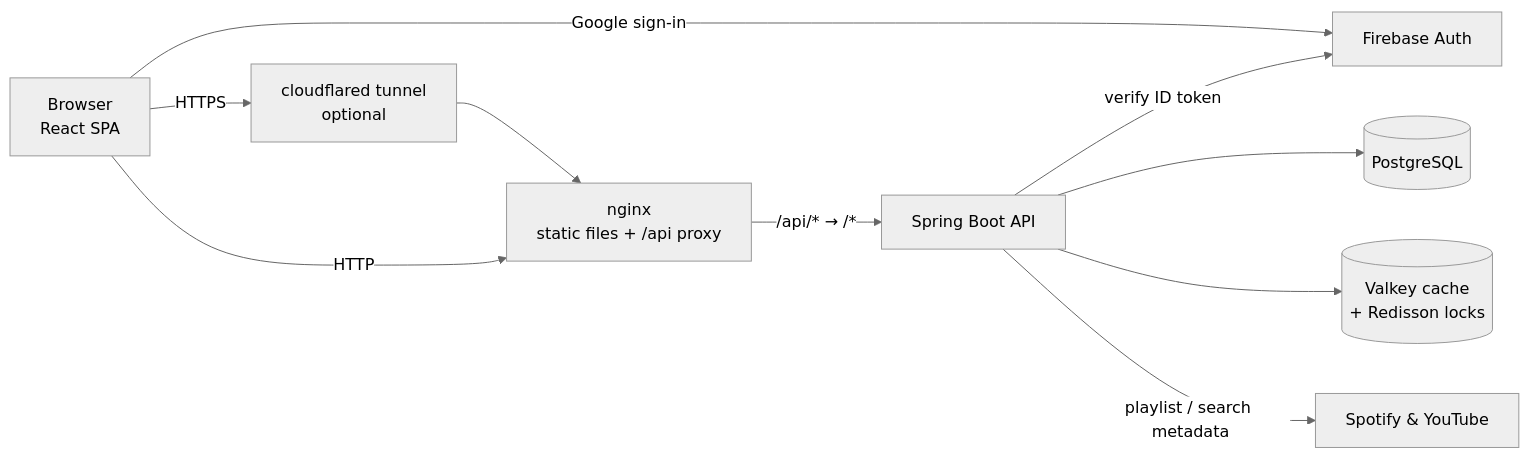
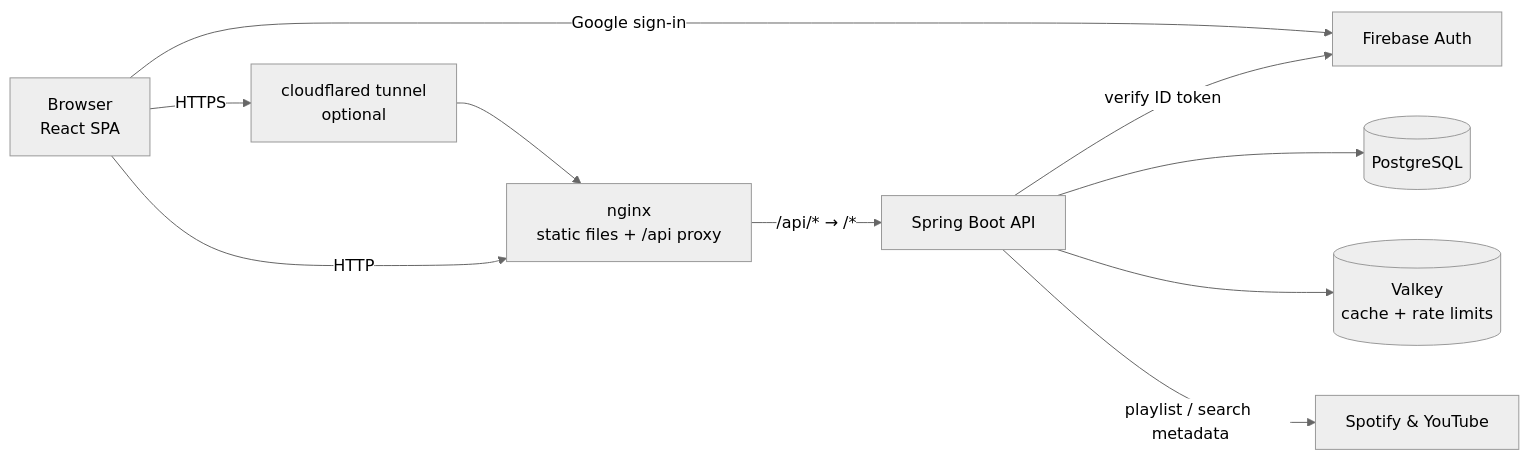
One commit to haji5/duely changed the diagram in README.md. Above: the diagram before and after it, drawn with Mermaid (neutral theme). The commit also changed other lines of this file and 13 other files, not shown here.

````diff
--- a/README.md
+++ b/README.md
@@ -56,12 +56,12 @@
 ```mermaid
 flowchart LR
     U[Browser<br/>React SPA] -->|Google sign-in| FA[Firebase Auth]
     U -->|HTTPS| T[cloudflared tunnel<br/>optional]
     T --> N
     U -->|HTTP| N[nginx<br/>static files + /api proxy]
     N -->|/api/* → /*| B[Spring Boot API]
     B -->|verify ID token| FA
     B --> P[(PostgreSQL)]
-    B --> V[(Valkey cache<br/>+ Redisson locks)]
+    B --> V[(Valkey<br/>cache + rate limits)]
     B -->|playlist / search metadata| X[Spotify & YouTube]
 ```
````
